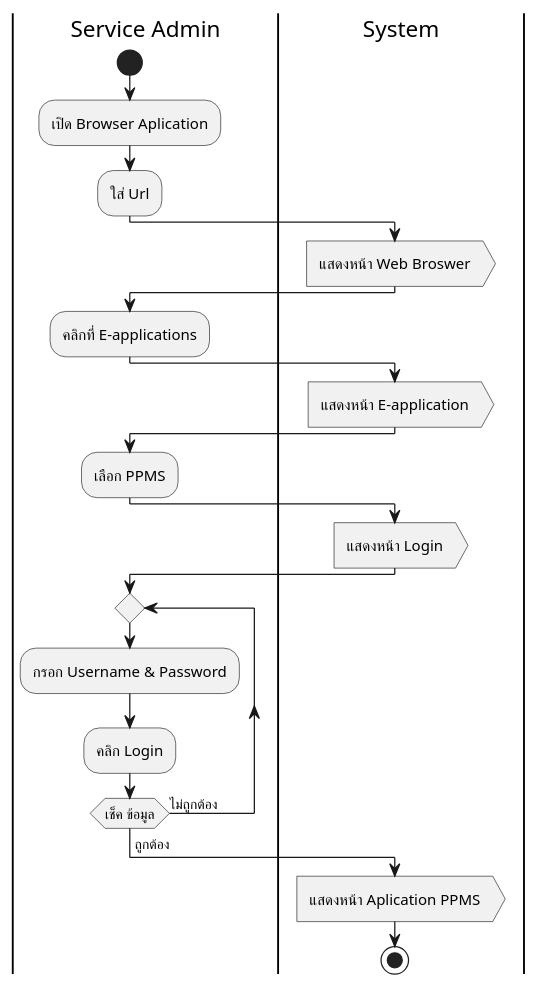
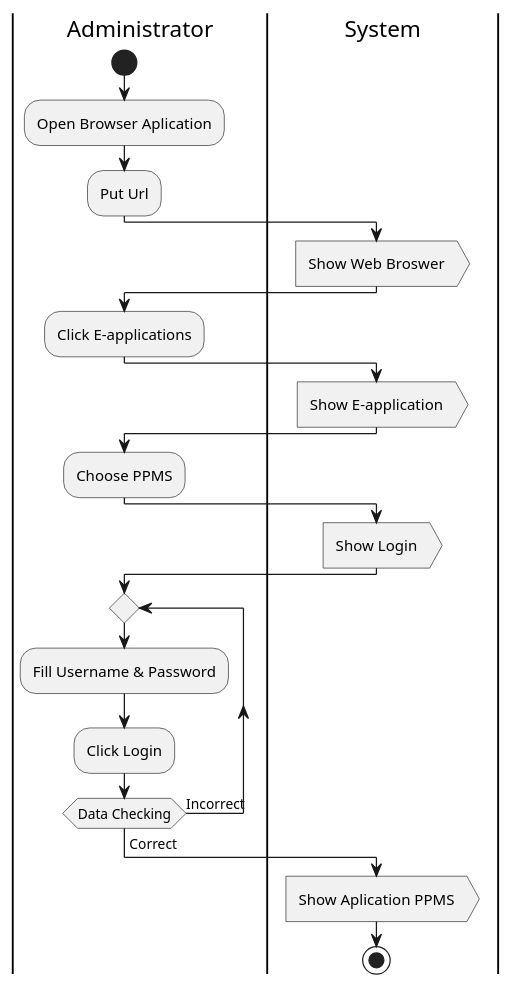
The diagram in User Activity/Process 3 Categorizing/u1-Login PPMS.wsd (Meenkonlapat/RPA-Project), drawn with PlantUML before and after one commit. The commit also changed 19 other files, not shown here.

```diff
--- a/User Activity/Process 3 Categorizing/u1-Login PPMS.wsd
+++ b/User Activity/Process 3 Categorizing/u1-Login PPMS.wsd
@@ -1,25 +1,25 @@
 @startuml
-|Service Admin|
+|Administrator|
 start
-:เปิด Browser Aplication;
-:ใส่ Url;
+:Open Browser Aplication;
+:Put Url;
 |System|
-:แสดงหน้า Web Broswer>
-|Service Admin|
-:คลิกที่ E-applications;
+:Show Web Broswer>
+|Administrator|
+:Click E-applications;
 |System|
-:แสดงหน้า E-application>
-|Service Admin|
-:เลือก PPMS;
+:Show E-application>
+|Administrator|
+:Choose PPMS;
 |System|
-:แสดงหน้า Login>
-|Service Admin|
+:Show Login>
+|Administrator|
 repeat
-:กรอก Username & Password;
-:คลิก Login;
-repeat while (เช็ค ข้อมูล) is (ไม่ถูกต้อง)
-->ถูกต้อง;
+:Fill Username & Password;
+:Click Login;
+repeat while (Data Checking) is (Incorrect)
+->Correct;
 |System|
-:แสดงหน้า Aplication PPMS>
+:Show Aplication PPMS>
 stop
 @enduml
```
